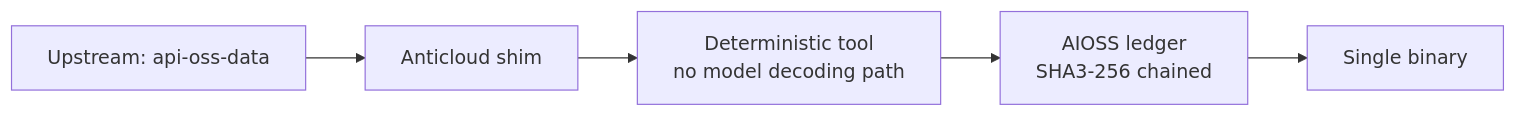
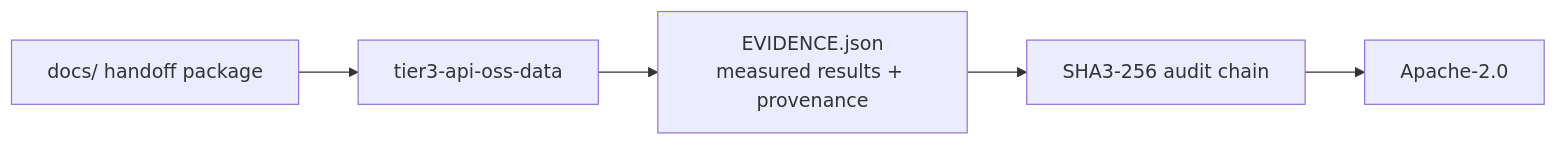
One commit to the-anticloud/tier3-api-oss-data changed the diagram in README.md. Above: the diagram before and after it, drawn with Mermaid. The commit also changed other lines of this file and 10 other files, not shown here.

````diff
--- a/README.md
+++ b/README.md
@@ -11,7 +22,7 @@
 ```mermaid
 graph LR
-    U[Upstream: api-oss-data] --> S[Anticloud shim]
-    S --> T[Deterministic tool<br/>no model decoding path]
-    T --> A[AIOSS ledger<br/>SHA3-256 chained]
-    A --> B[Single binary]
+    D[docs/ handoff package] --> R[tier3-api-oss-data]
+    R --> E[EVIDENCE.json\nmeasured results + provenance]
+    E --> A[SHA3-256 audit chain]
+    A --> L[Apache-2.0]
 ```
````
